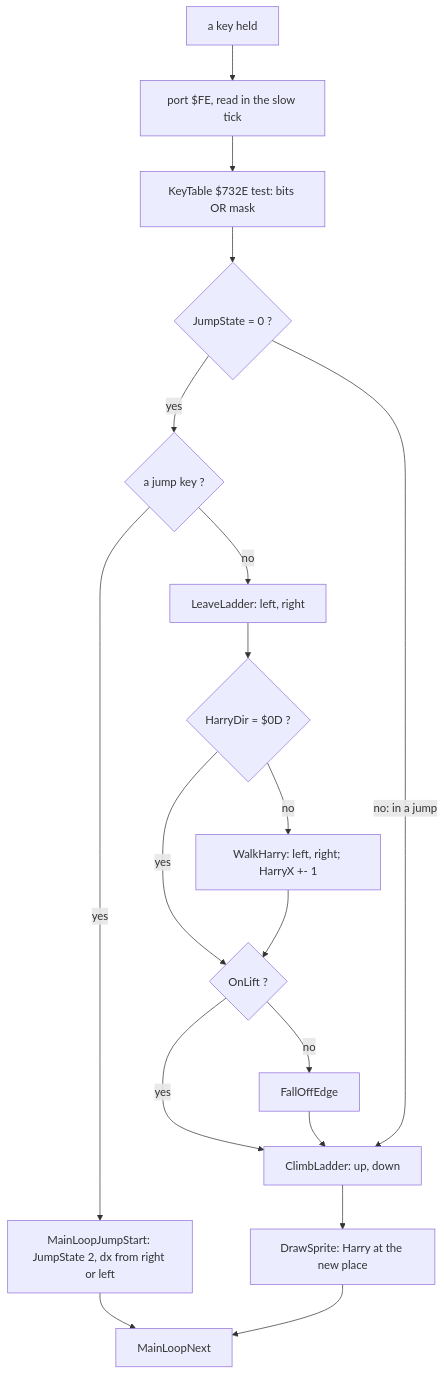
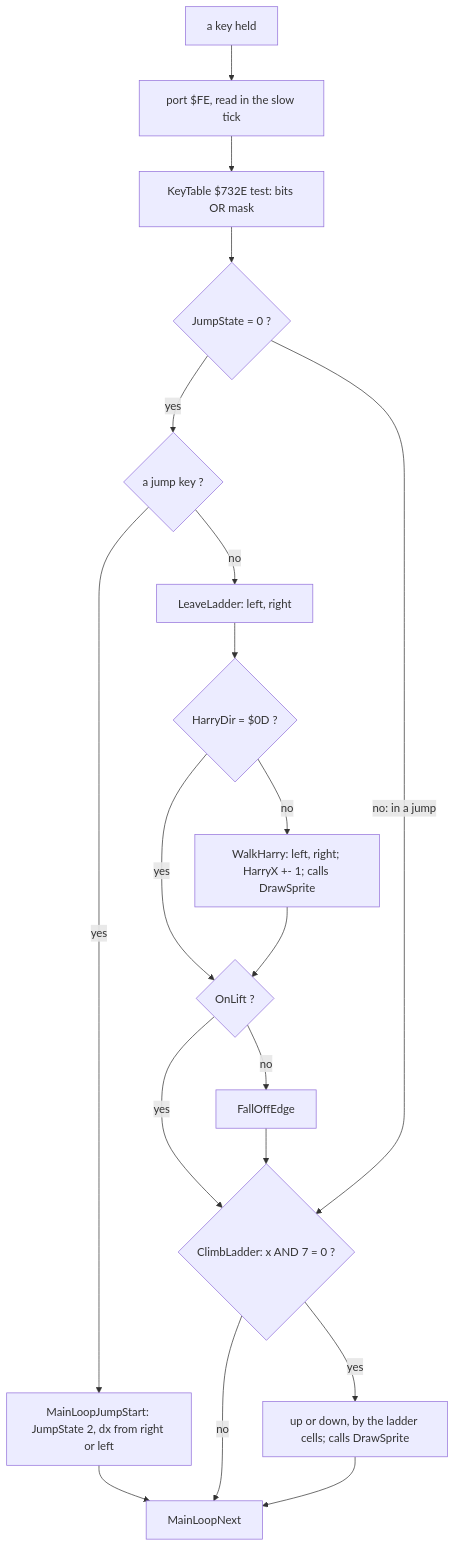
The fifth of 6 diagrams in games/chuckie-egg/docs/05-controls.md (alfishe/unrealng-reverse-cases), drawn with Mermaid before and after one commit. The commit also changed other lines of this file and 49 other files, not shown here.

Commit message:
Chuckie Egg: review rounds 1 and 2 (rvA/B/C 32+27+18 and rv2A/B/C findings fixed in docs and sources; duck-kill threshold, drift landing, Harry redraw, heatmap and sprite sheet redrawn)

````diff
--- a/games/chuckie-egg/docs/05-controls.md
+++ b/games/chuckie-egg/docs/05-controls.md
@@ -681,20 +698,21 @@
 ```mermaid
 flowchart TD
     K["a key held"] --> P["port $FE, read in the slow tick"]
     P --> KT["KeyTable $732E test: bits OR mask"]
     KT --> J{"JumpState = 0 ?"}
     J -->|"yes"| JK{"a jump key ?"}
     JK -->|"yes"| JS["MainLoopJumpStart: JumpState 2, dx from right or left"]
     JS --> N["MainLoopNext"]
     JK -->|"no"| LL["LeaveLadder: left, right"]
     LL --> D{"HarryDir = $0D ?"}
-    D -->|"no"| WH["WalkHarry: left, right; HarryX +- 1"]
+    D -->|"no"| WH["WalkHarry: left, right; HarryX +- 1; calls DrawSprite"]
     D -->|"yes"| FO
     WH --> FO{"OnLift ?"}
     FO -->|"no"| FE["FallOffEdge"]
     FO -->|"yes"| CL
-    FE --> CL["ClimbLadder: up, down"]
+    FE --> CL{"ClimbLadder: x AND 7 = 0 ?"}
     J -->|"no: in a jump"| CL
-    CL --> DS["DrawSprite: Harry at the new place"]
-    DS --> N
+    CL -->|"yes"| UD["up or down, by the ladder cells; calls DrawSprite"]
+    CL -->|"no"| N
+    UD --> N
 ```
````
